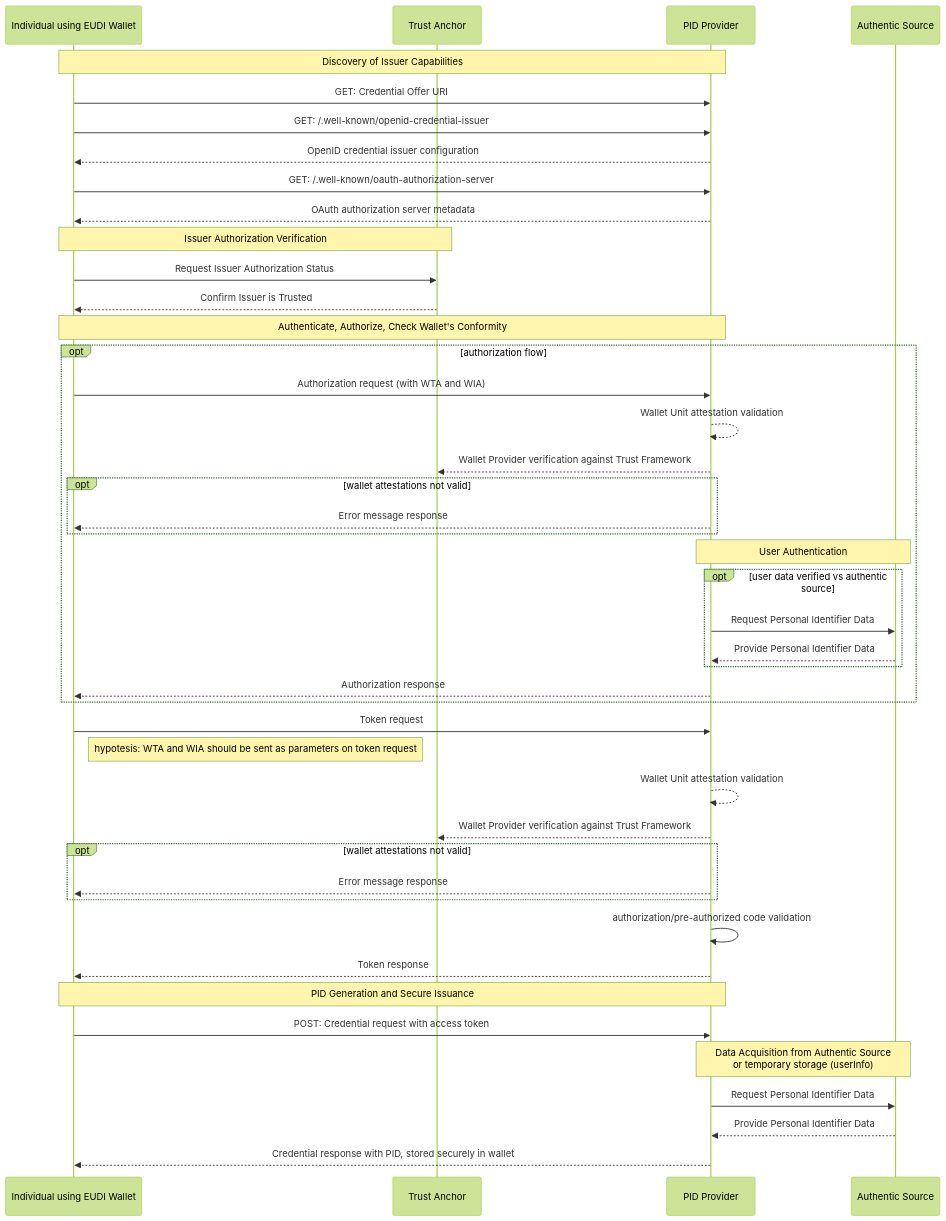
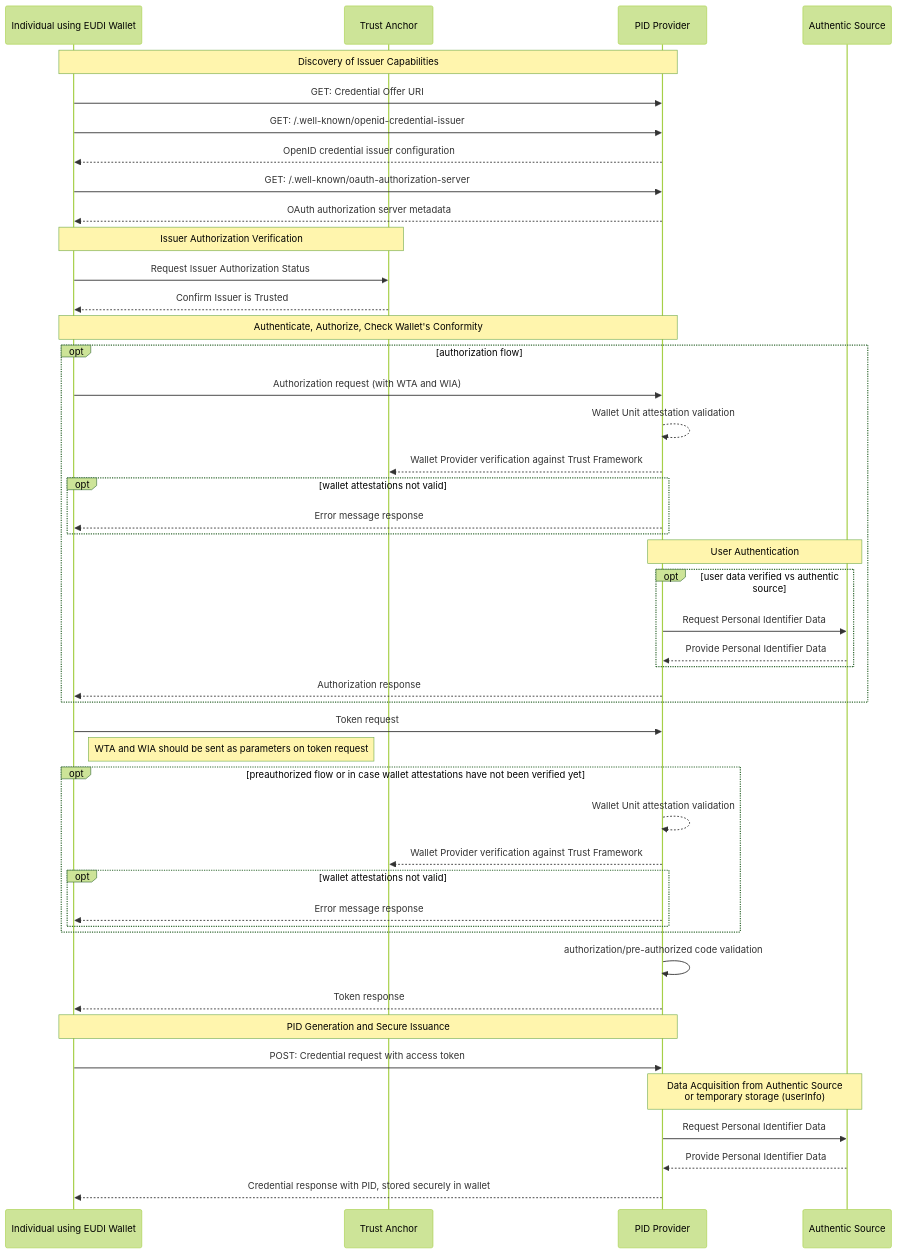
One commit to EWC-consortium/eudi-wallet-rfcs changed the diagram in ewc-rfc003-issue-person-identification-data.md. Above: the diagram before and after it, drawn with Mermaid (forest theme).

````diff
--- a/ewc-rfc003-issue-person-identification-data.md
+++ b/ewc-rfc003-issue-person-identification-data.md
@@ -70,55 +70,56 @@
 ```mermaid
   sequenceDiagram
     participant I as Individual using EUDI Wallet
     participant TA as Trust Anchor
     participant O as PID Provider
     participant AS as Authentic Source
         
     Note over I,O: Discovery of Issuer Capabilities 
     I->>O: GET: Credential Offer URI
     I->> O: GET: /.well-known/openid-credential-issuer
     O-->> I: OpenID credential issuer configuration
     I->> O: GET: /.well-known/oauth-authorization-server
     O-->>I: OAuth authorization server metadata
         
     Note over I,TA: Issuer Authorization Verification
     I->>TA: Request Issuer Authorization Status
     TA-->>I: Confirm Issuer is Trusted
     
     Note over I,O: Authenticate, Authorize, Check Wallet's Conformity
     opt authorization flow
     I->>O: Authorization request (with WTA and WIA)
     O-->>O: Wallet Unit attestation validation
     O-->>TA: Wallet Provider verification against Trust Framework
       opt wallet attestations not valid
           O-->>I: Error message response
       end
     
     Note over O,AS: User Authentication
         opt user data verified vs authentic source
           O->>AS: Request Personal Identifier Data
           AS-->>O: Provide Personal Identifier Data
       end
       O-->>I: Authorization response 
     end
     
     I->> O: Token request
-    Note right of I: hypotesis: WTA and WIA should be sent as parameters on token request
+    Note right of I: WTA and WIA should be sent as parameters on token request
+    opt preauthorized flow or in case wallet attestations have not been verified yet
     O-->>O: Wallet Unit attestation validation
     O-->>TA: Wallet Provider verification against Trust Framework
       opt wallet attestations not valid
           O-->>I: Error message response
       end
-    
+    end
     O->>O: authorization/pre-authorized code validation
     O-->>I: Token response
         
     Note over I,O: PID Generation and Secure Issuance
     I->>O: POST: Credential request with access token
     Note over O,AS: Data Acquisition from Authentic Source <BR> or temporary storage (userInfo)
     O->>AS: Request Personal Identifier Data
     AS-->>O: Provide Personal Identifier Data
     
     O-->>I: Credential response with PID, stored securely in wallet
 
 ```
````
